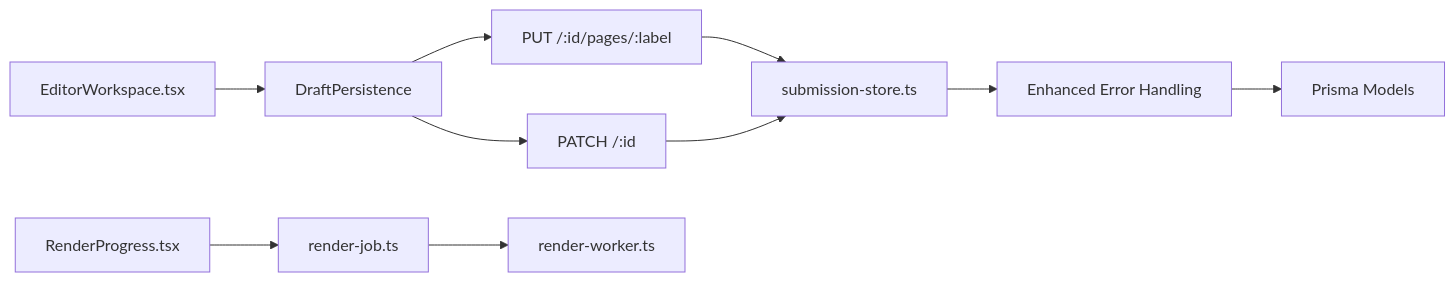
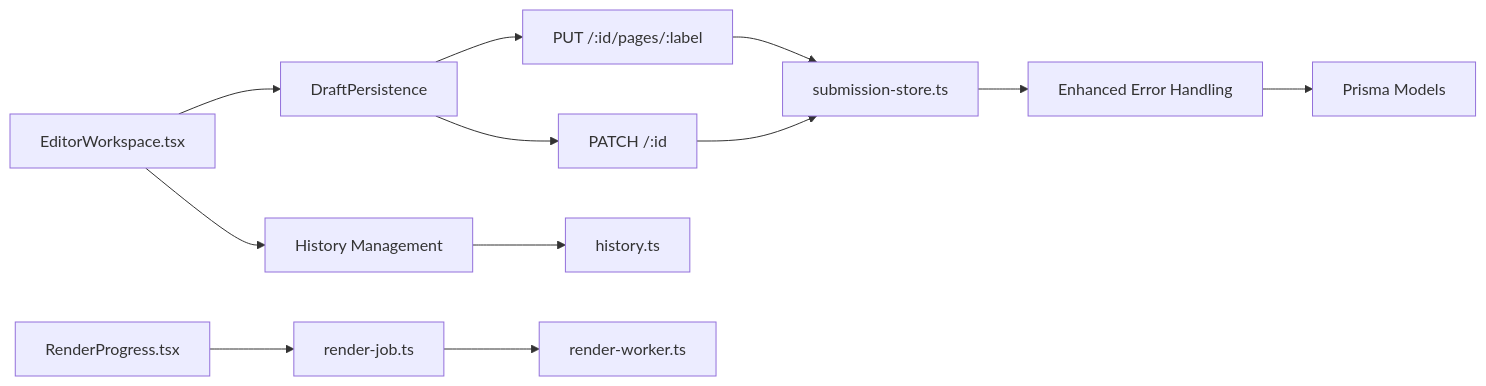
One commit to Crowdspender/titchybooks-app changed the eighth of 8 diagrams in .qoder/repowiki/en/content/Architecture Overview/Frontend Architecture/Editor Persistence & Draft Recovery.md. Above: the diagram before and after it, drawn with Mermaid. The commit also changed other lines of this file and 8 other files, not shown here.

````diff
--- a/.qoder/repowiki/en/content/Architecture Overview/Frontend Architecture/Editor Persistence & Draft Recovery.md
+++ b/.qoder/repowiki/en/content/Architecture Overview/Frontend Architecture/Editor Persistence & Draft Recovery.md
@@ -331,12 +398,14 @@
 ```mermaid
 graph LR
 EW["EditorWorkspace.tsx"] --> DP["DraftPersistence"]
+EW --> HM["History Management"]
 DP --> API_PUT["PUT /:id/pages/:label"]
 DP --> API_PATCH["PATCH /:id"]
 API_PUT --> SS["submission-store.ts"]
 API_PATCH --> SS
 SS --> ERH["Enhanced Error Handling"]
 ERH --> DB["Prisma Models"]
+HM --> HISTORY["history.ts"]
 RQ["render-job.ts"] --> WK["render-worker.ts"]
 UI["RenderProgress.tsx"] --> RQ
 ```
````
